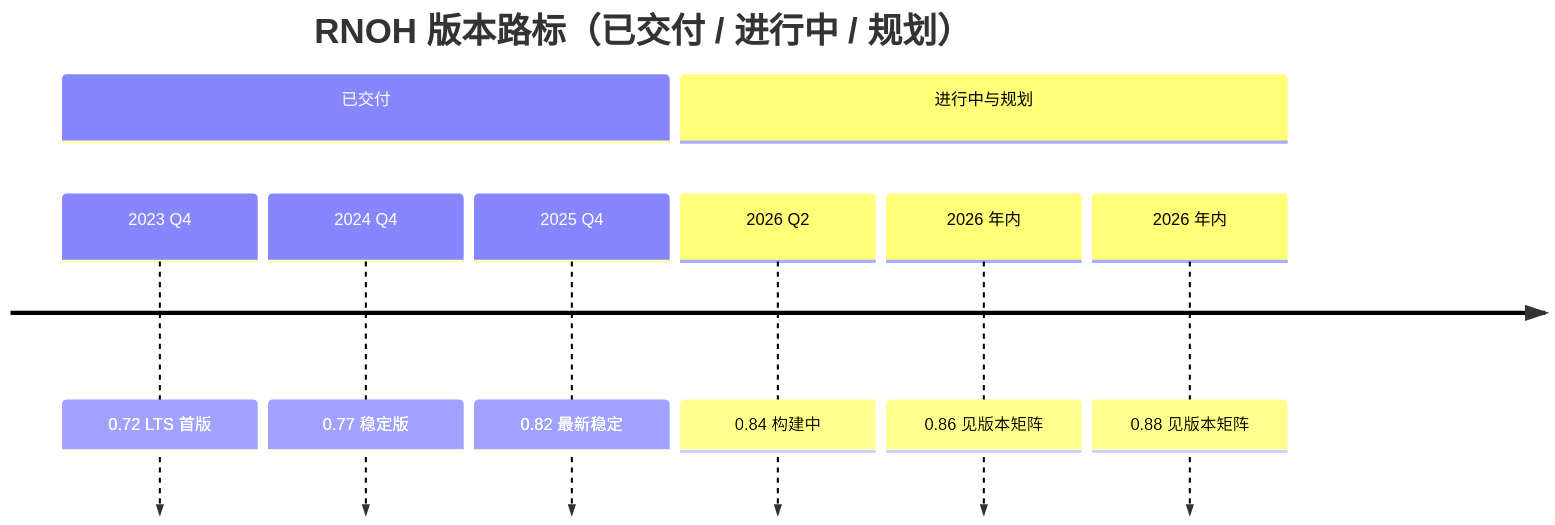
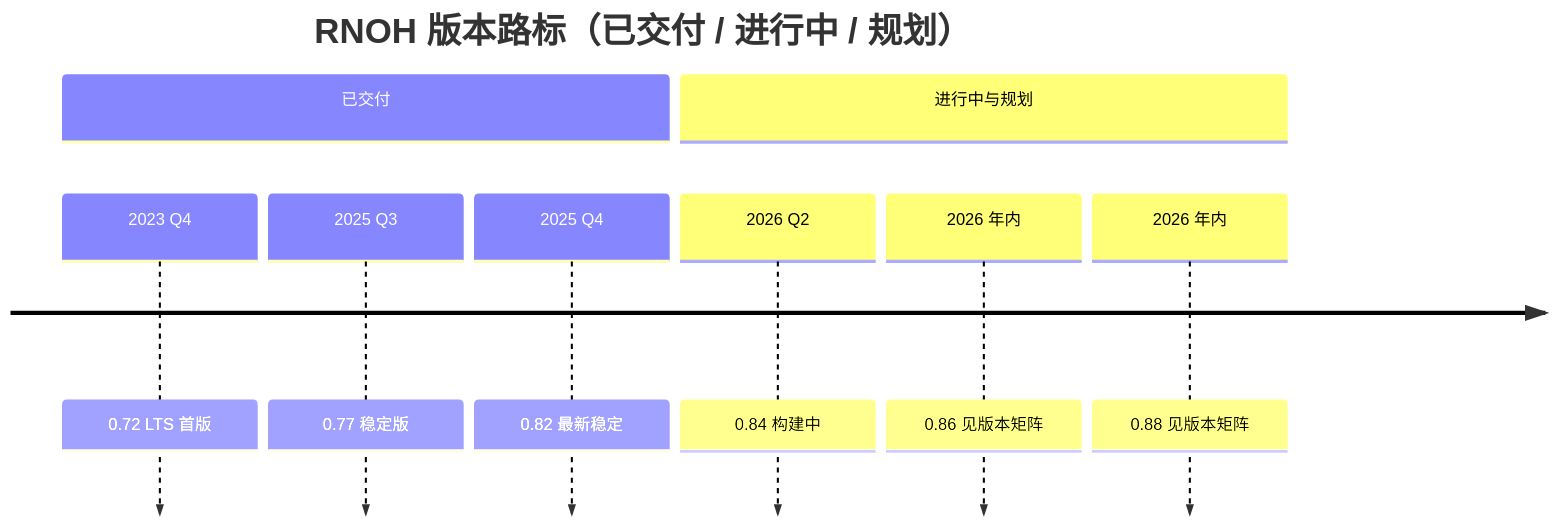
The diagram in docs/zh-cn/roadmap.md (AuroraMaster/ohos_react_native), drawn with Mermaid before and after one commit. The commit also changed other lines of this file and 17 other files, not shown here.

````diff
--- a/docs/zh-cn/roadmap.md
+++ b/docs/zh-cn/roadmap.md
@@ -32,13 +32,13 @@
 ```mermaid
 
 timeline
     title RNOH 版本路标（已交付 / 进行中 / 规划）
     section 已交付
         2023 Q4 : 0.72 LTS 首版
-        2024 Q4 : 0.77 稳定版
+        2025 Q3 : 0.77 稳定版
         2025 Q4 : 0.82 最新稳定
     section 进行中与规划
         2026 Q2 : 0.84 构建中
         2026 年内 : 0.86 见版本矩阵
         2026 年内 : 0.88 见版本矩阵
 ```
````
